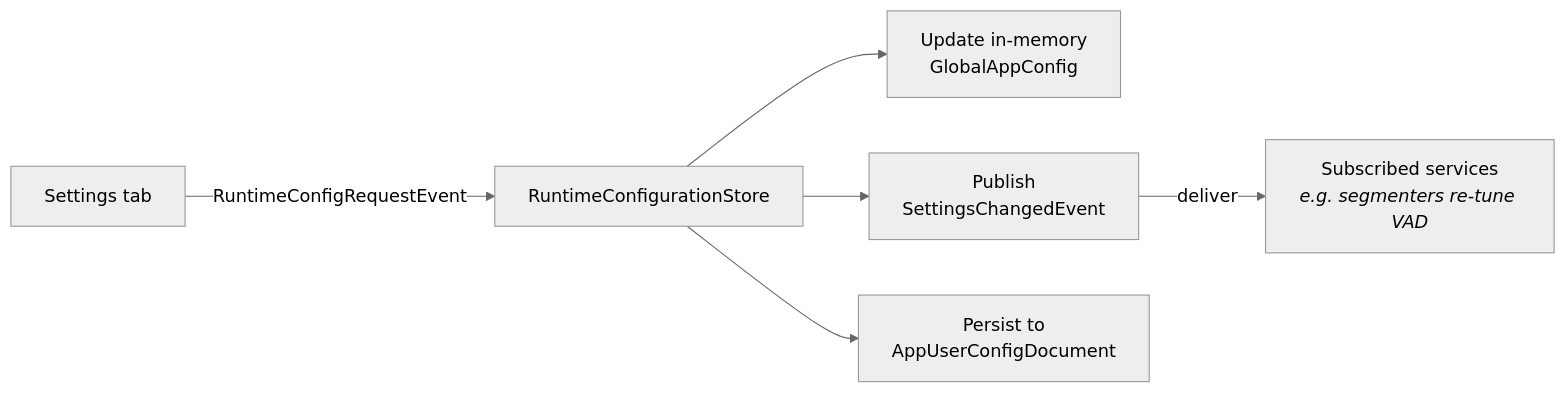
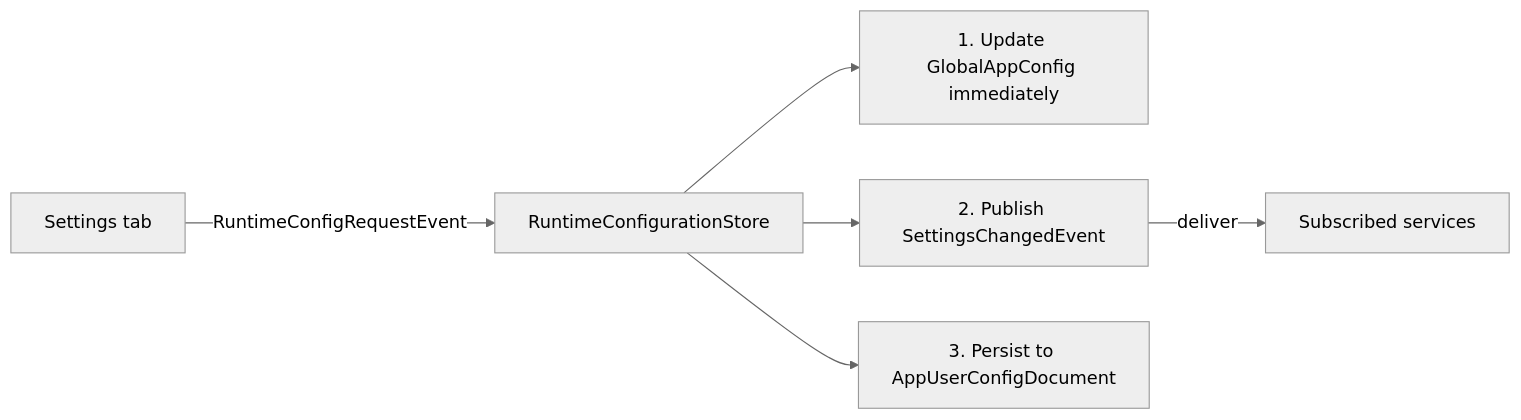
Before and after one commit to rick12000/vocalance: the third of 3 diagrams in docs/developer/foundations/storage.rst, drawn with Mermaid (neutral theme). The commit also changed other lines of this file and 30 other files, not shown here.

```diff
--- a/docs/developer/foundations/storage.rst
+++ b/docs/developer/foundations/storage.rst
@@ -146,8 +201,8 @@
 .. mermaid::
 
    flowchart LR
        Tab[Settings tab] -->|RuntimeConfigRequestEvent| Store[RuntimeConfigurationStore]
-       Store --> Mem[Update in-memory<br/>GlobalAppConfig]
-       Store --> Notify[Publish<br/>SettingsChangedEvent]
-       Store --> Persist[Persist to<br/>AppUserConfigDocument]
-       Notify -->|deliver| Subs[Subscribed services<br/><i>e.g. segmenters re-tune VAD</i>]
+       Store --> Mem[1. Update GlobalAppConfig immediately]
+       Store --> Notify[2. Publish SettingsChangedEvent]
+       Store --> Persist[3. Persist to AppUserConfigDocument]
+       Notify -->|deliver| Subs[Subscribed services]
```
